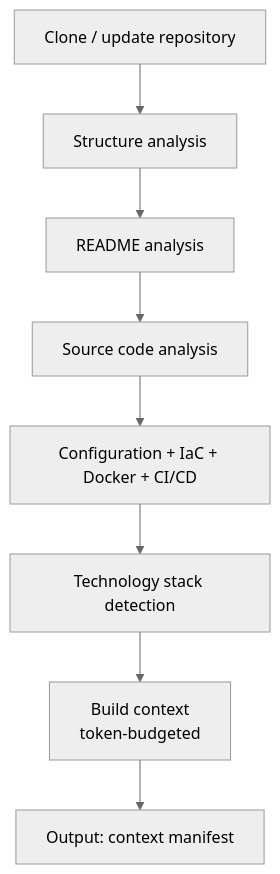
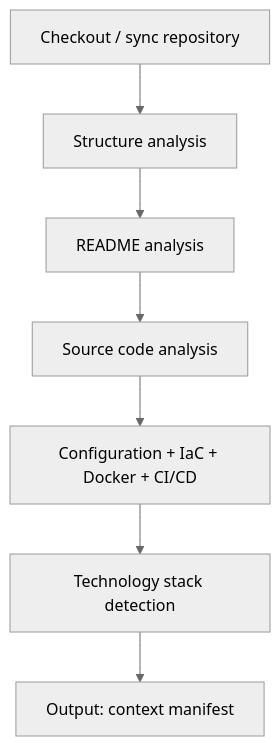
The fourth of 9 diagrams in docs/workflows.md (teddynted/ai-github-repository-blog-generator), drawn with Mermaid (neutral theme) before and after one commit. The commit also changed other lines of this file and 12 other files, not shown here.

````diff
--- a/docs/workflows.md
+++ b/docs/workflows.md
@@ -70,10 +94,9 @@
 ```mermaid
 flowchart TB
-    C[Clone / update repository] --> ST[Structure analysis]
+    C[Checkout / sync repository] --> ST[Structure analysis]
     ST --> RD[README analysis]
     RD --> SR[Source code analysis]
     SR --> CF[Configuration + IaC + Docker + CI/CD]
     CF --> TD[Technology stack detection]
-    TD --> CTX[Build context<br/>token-budgeted]
-    CTX --> O[Output: context manifest]
+    TD --> O[Output: context manifest]
 ```
````
